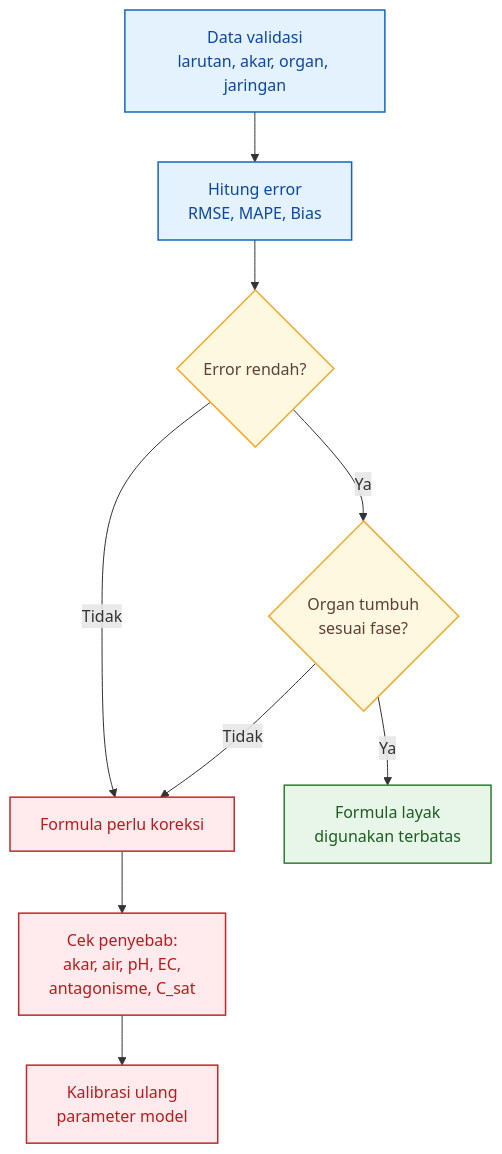
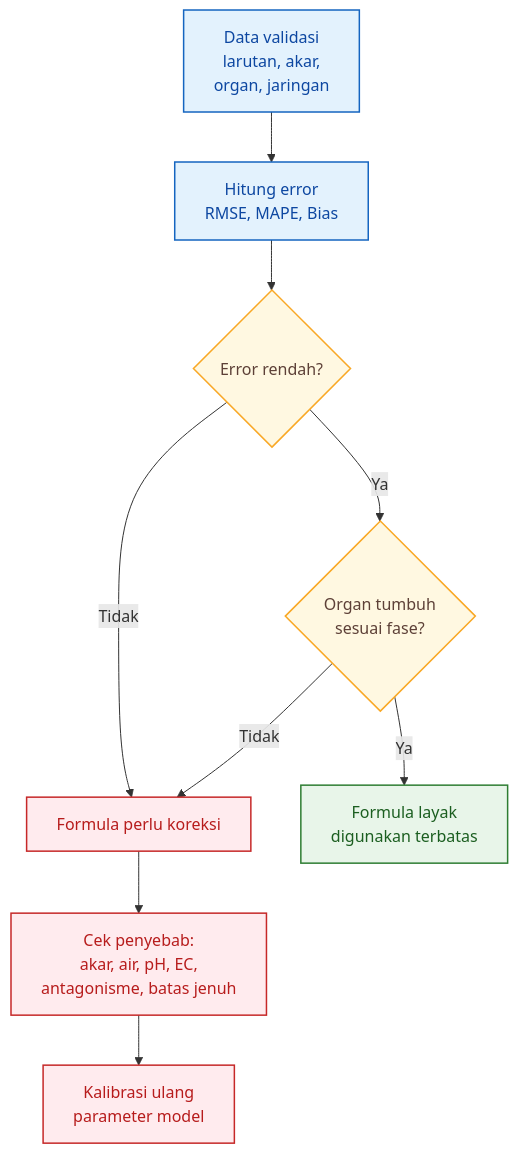
One commit to slametsampon/kawruhnology changed diagram 14 of 15 in content/blog/agri/kebon/model-formula-hara.mdx. Above: the diagram before and after it, drawn with Mermaid. The commit also changed other lines of this file and 4 other files, not shown here.

````diff
--- a/content/blog/agri/kebon/model-formula-hara.mdx
+++ b/content/blog/agri/kebon/model-formula-hara.mdx
@@ -4117,24 +3956,24 @@
 ```mermaid id="bab10-keputusan-validasi"
 flowchart TD
-    A["Data validasi<br/>larutan, akar, organ, jaringan"] --> B["Hitung error<br/>RMSE, MAPE, Bias"]
+    A["Data validasi<br/>larutan, akar,<br/>organ, jaringan"] --> B["Hitung error<br/>RMSE, MAPE, Bias"]
     B --> C{"Error rendah?"}
 
     C -->|Ya| D{"Organ tumbuh<br/>sesuai fase?"}
     C -->|Tidak| G["Formula perlu koreksi"]
 
     D -->|Ya| E["Formula layak<br/>digunakan terbatas"]
     D -->|Tidak| G
 
-    G --> H["Cek penyebab:<br/>akar, air, pH, EC,<br/>antagonisme, C_sat"]
+    G --> H["Cek penyebab:<br/>akar, air, pH, EC,<br/>antagonisme, batas jenuh"]
     H --> I["Kalibrasi ulang<br/>parameter model"]
 
     classDef data fill:#E3F2FD,stroke:#1565C0,stroke-width:1.5px,color:#0D47A1;
     classDef keputusan fill:#FFF8E1,stroke:#F9A825,stroke-width:1.5px,color:#5D4037;
     classDef layak fill:#E8F5E9,stroke:#2E7D32,stroke-width:1.5px,color:#1B5E20;
     classDef koreksi fill:#FFEBEE,stroke:#C62828,stroke-width:1.5px,color:#B71C1C;
 
     class A,B data;
     class C,D keputusan;
     class E layak;
     class G,H,I koreksi;
 ```
````
